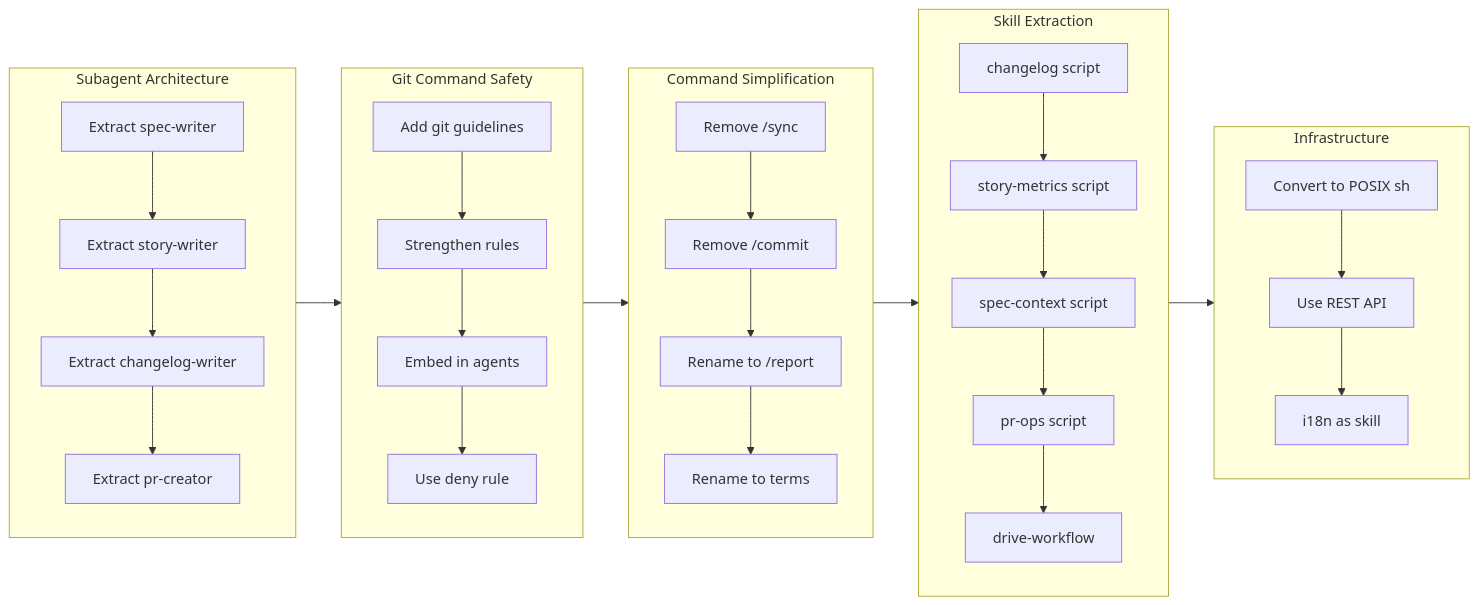
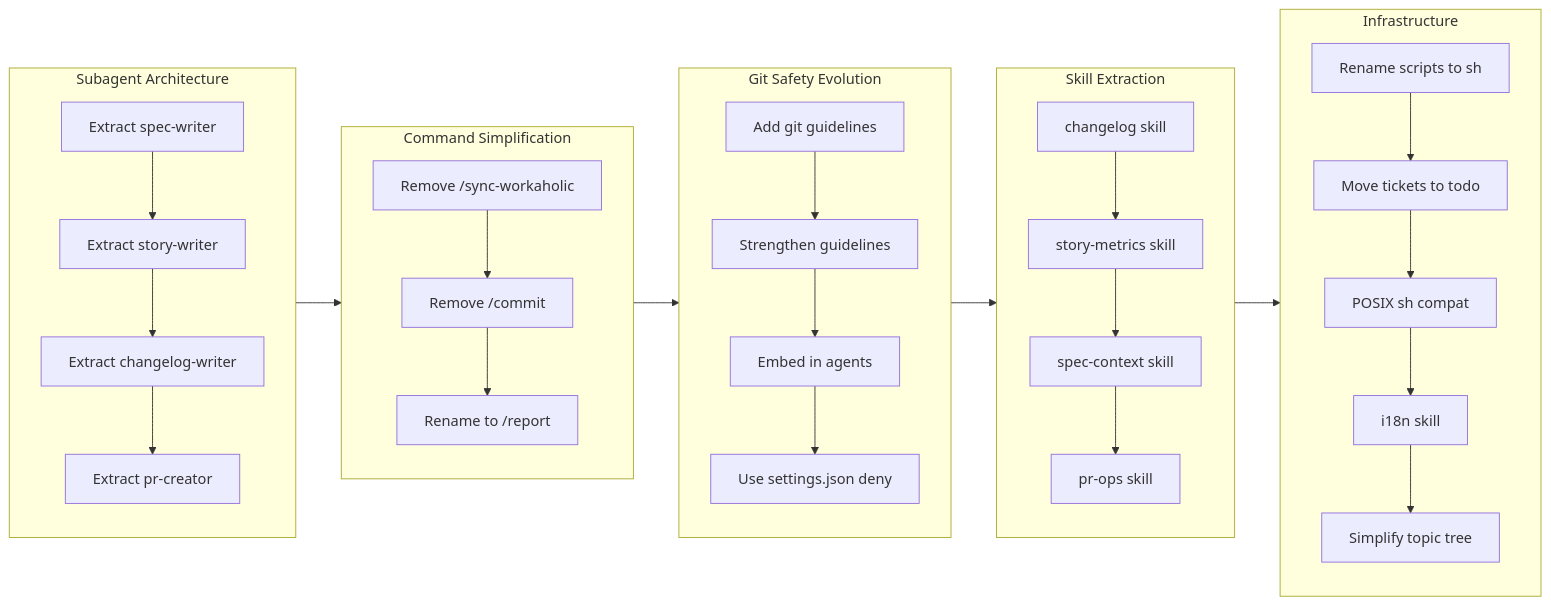
The diagram in .workaholic/stories/feat-20260126-214833.md (qmu/workaholic), drawn with Mermaid before and after one commit. The commit also changed other lines of this file and 30 other files, not shown here.

````diff
--- a/.workaholic/stories/feat-20260126-214833.md
+++ b/.workaholic/stories/feat-20260126-214833.md
@@ -15,24 +15,37 @@
 ```mermaid
 flowchart LR
-  subgraph Subagents[Subagent Architecture]
-    s1[Extract spec-writer] --> s2[Extract story-writer] --> s3[Extract changelog-writer] --> s4[Extract pr-creator]
-  end
+    subgraph Phase1[Subagent Architecture]
+        s1[Extract spec-writer] --> s2[Extract story-writer]
+        s2 --> s3[Extract changelog-writer]
+        s3 --> s4[Extract pr-creator]
+    end
 
-  subgraph GitSafety[Git Command Safety]
-    g1[Add git guidelines] --> g2[Strengthen rules] --> g3[Embed in agents] --> g4[Use deny rule]
-  end
+    subgraph Phase2[Command Simplification]
+        c1[Remove /sync-workaholic] --> c2[Remove /commit]
+        c2 --> c3[Rename to /report]
+    end
 
-  subgraph Commands[Command Simplification]
-    c1[Remove /sync] --> c2[Remove /commit] --> c3[Rename to /report] --> c4[Rename to terms]
-  end
+    subgraph Phase3[Git Safety Evolution]
+        g1[Add git guidelines] --> g2[Strengthen guidelines]
+        g2 --> g3[Embed in agents]
+        g3 --> g4[Use settings.json deny]
+    end
 
-  subgraph Skills[Skill Extraction]
-    k1[changelog script] --> k2[story-metrics script] --> k3[spec-context script] --> k4[pr-ops script] --> k5[drive-workflow]
-  end
+    subgraph Phase4[Skill Extraction]
+        k1[changelog skill] --> k2[story-metrics skill]
+        k2 --> k3[spec-context skill]
+        k3 --> k4[pr-ops skill]
+    end
 
-  subgraph Infra[Infrastructure]
-    i1[Convert to POSIX sh] --> i2[Use REST API] --> i3[i18n as skill]
-  end
+    subgraph Phase5[Infrastructure]
+        i1[Rename scripts to sh] --> i2[Move tickets to todo]
+        i2 --> i3[POSIX sh compat]
+        i3 --> i4[i18n skill]
+        i4 --> i5[Simplify topic tree]
+    end
 
-  Subagents --> GitSafety --> Commands --> Skills --> Infra
+    Phase1 --> Phase2
+    Phase2 --> Phase3
+    Phase3 --> Phase4
+    Phase4 --> Phase5
 ```
````
